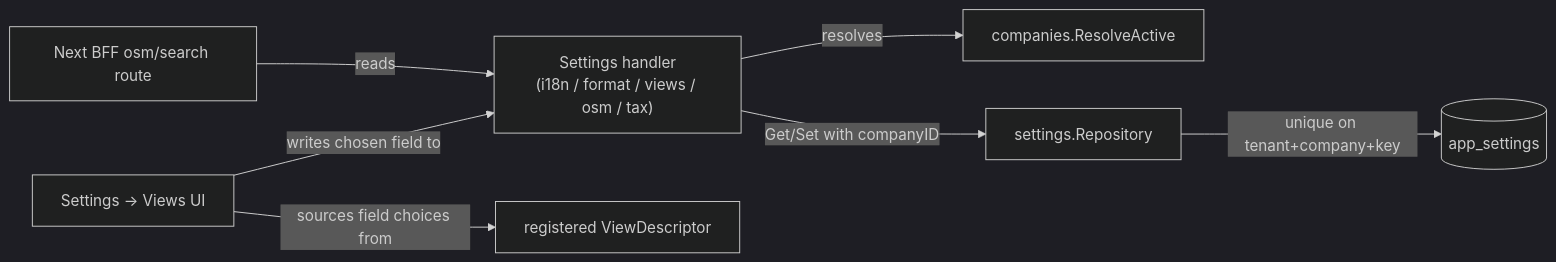
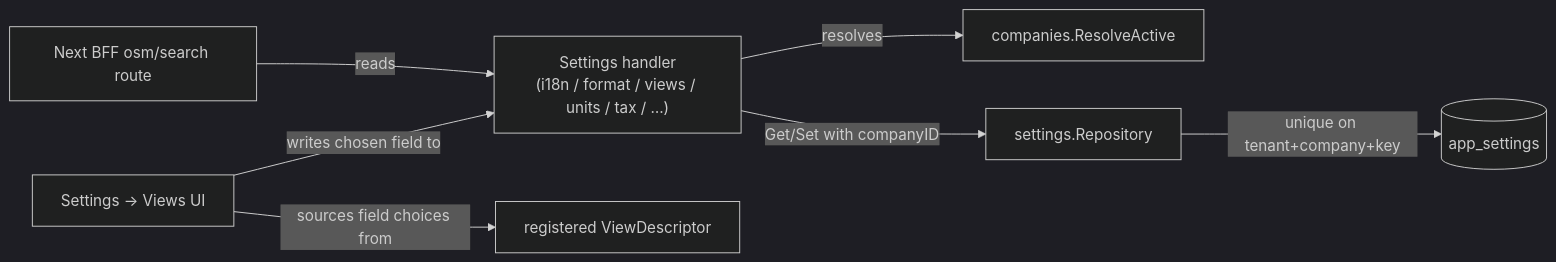
Before and after one commit to noiia/EERP-Documentation-Wiki: the diagram in docs/core/settings.md, drawn with Mermaid (dark theme). The commit also changed other lines of this file and 61 other files, not shown here.

````diff
--- a/docs/core/settings.md
+++ b/docs/core/settings.md
@@ -98,9 +119,9 @@
 ```mermaid
 graph LR
-    Handler["Settings handler\n(i18n / format / views / osm / tax)"] -->|resolves| Company["companies.ResolveActive"]
+    Handler["Settings handler\n(i18n / format / views / units / tax / …)"] -->|resolves| Company["companies.ResolveActive"]
     Handler -->|Get/Set with companyID| Repo["settings.Repository"]
     Repo -->|unique on tenant+company+key| DB[("app_settings")]
     OSMProxy["Next BFF osm/search route"] -->|reads| Handler
     ViewsSettings["Settings → Views UI"] -->|sources field choices from| Descriptor["registered ViewDescriptor"]
     ViewsSettings -->|writes chosen field to| Handler
 ```
````
